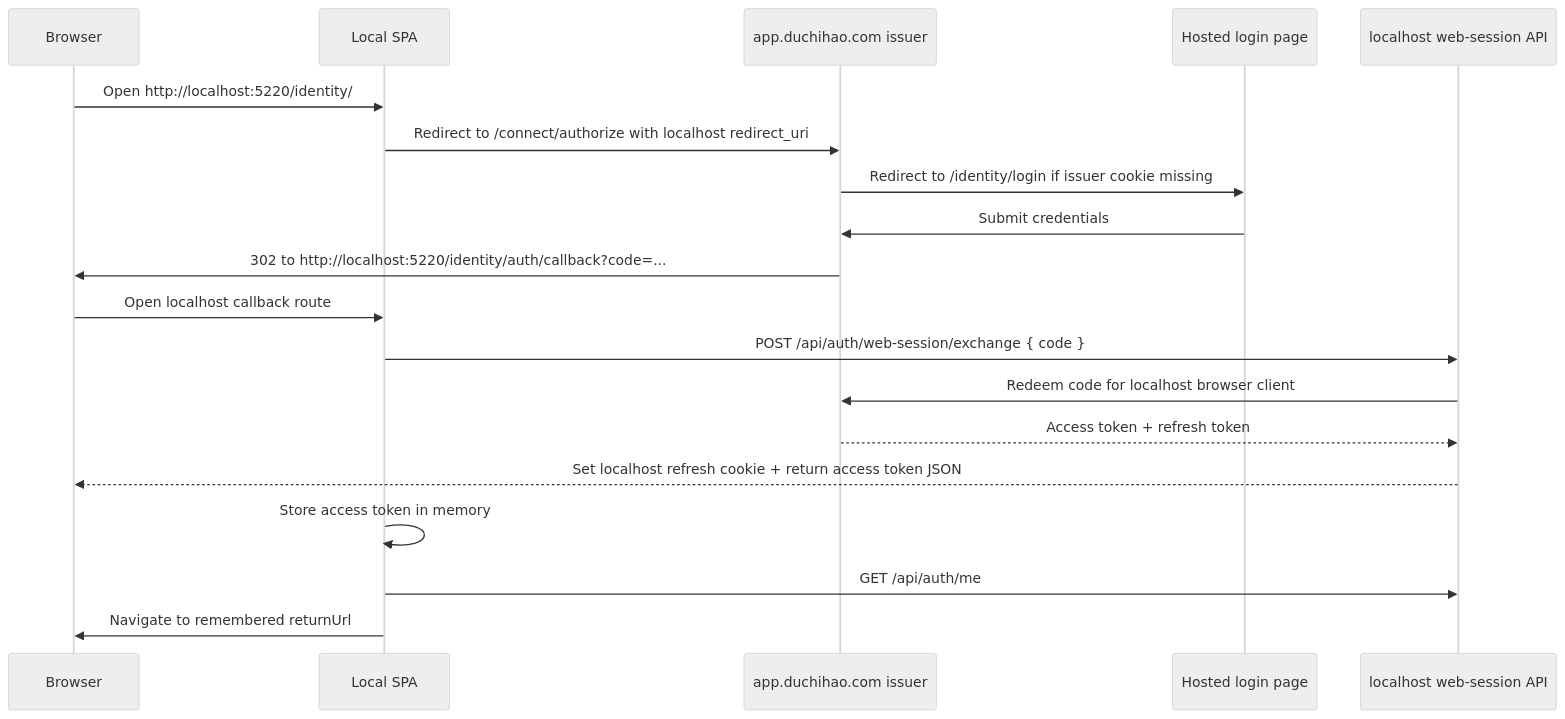
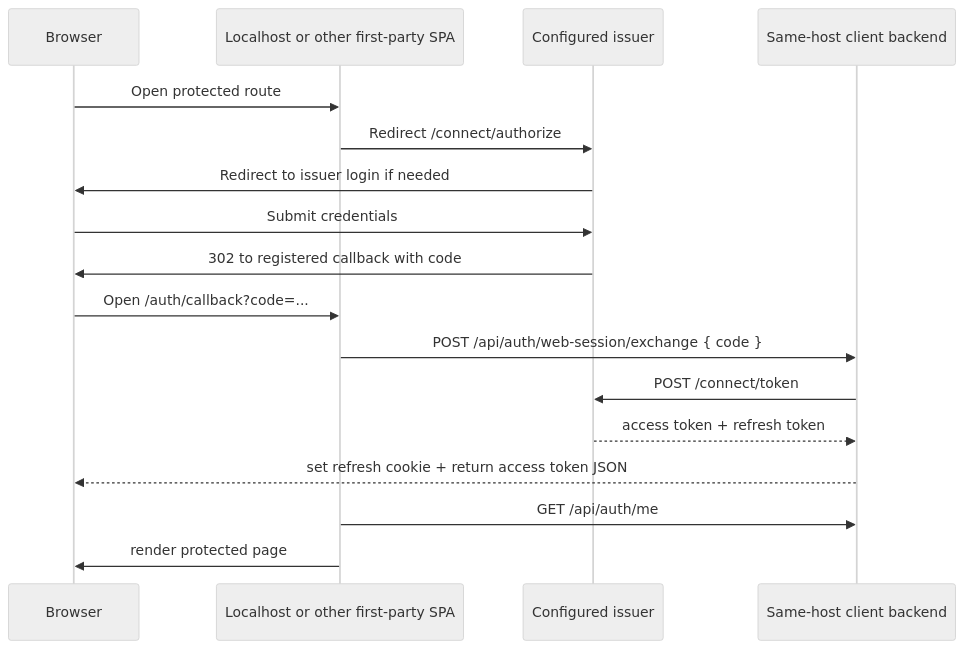
The second of 2 diagrams in Identity/docs/identity-login-flows.md (hao-du/OpenSaur), drawn with Mermaid (neutral theme) before and after one commit. The commit also changed other lines of this file and 36 other files, not shown here.

````diff
--- a/Identity/docs/identity-login-flows.md
+++ b/Identity/docs/identity-login-flows.md
@@ -114,22 +207,20 @@
 ```mermaid
 sequenceDiagram
     participant Browser
-    participant LocalSPA as Local SPA
-    participant Issuer as app.duchihao.com issuer
-    participant HostedLogin as Hosted login page
-    participant LocalAPI as localhost web-session API
+    participant ClientSPA as Localhost or other first-party SPA
+    participant Issuer as Configured issuer
+    participant ClientAPI as Same-host client backend
 
-    Browser->>LocalSPA: Open http://localhost:5220/identity/
-    LocalSPA->>Issuer: Redirect to /connect/authorize with localhost redirect_uri
-    Issuer->>HostedLogin: Redirect to /identity/login if issuer cookie missing
-    HostedLogin->>Issuer: Submit credentials
-    Issuer->>Browser: 302 to http://localhost:5220/identity/auth/callback?code=...
-    Browser->>LocalSPA: Open localhost callback route
-    LocalSPA->>LocalAPI: POST /api/auth/web-session/exchange { code }
-    LocalAPI->>Issuer: Redeem code for localhost browser client
-    Issuer-->>LocalAPI: Access token + refresh token
-    LocalAPI-->>Browser: Set localhost refresh cookie + return access token JSON
-    LocalSPA->>LocalSPA: Store access token in memory
-    LocalSPA->>LocalAPI: GET /api/auth/me
-    LocalSPA->>Browser: Navigate to remembered returnUrl
+    Browser->>ClientSPA: Open protected route
+    ClientSPA->>Issuer: Redirect /connect/authorize
+    Issuer->>Browser: Redirect to issuer login if needed
+    Browser->>Issuer: Submit credentials
+    Issuer->>Browser: 302 to registered callback with code
+    Browser->>ClientSPA: Open /auth/callback?code=...
+    ClientSPA->>ClientAPI: POST /api/auth/web-session/exchange { code }
+    ClientAPI->>Issuer: POST /connect/token
+    Issuer-->>ClientAPI: access token + refresh token
+    ClientAPI-->>Browser: set refresh cookie + return access token JSON
+    ClientSPA->>ClientAPI: GET /api/auth/me
+    ClientSPA->>Browser: render protected page
 ```
````
